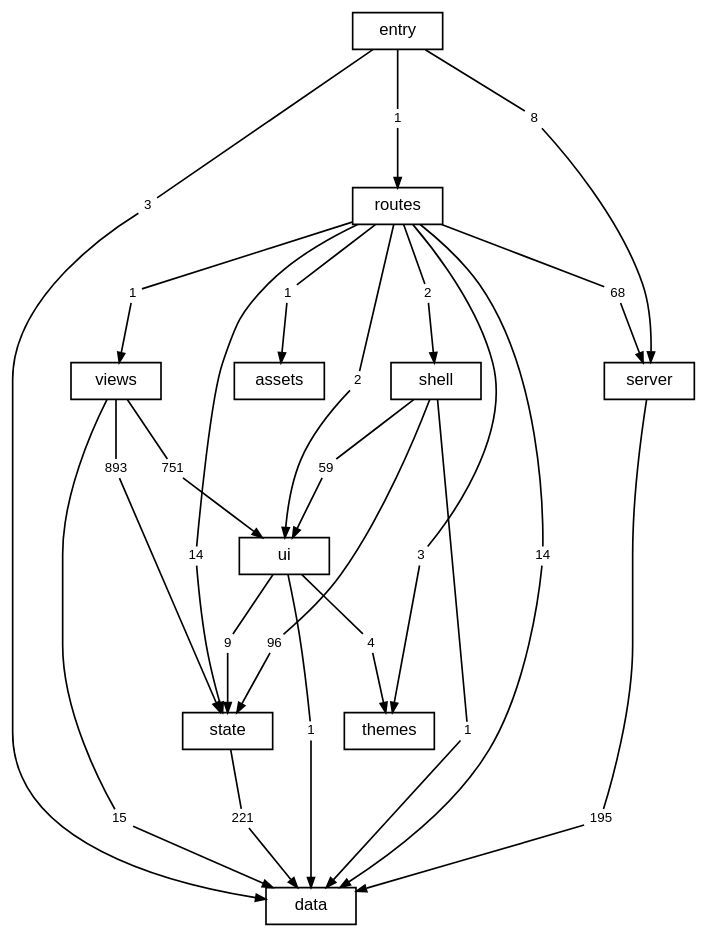
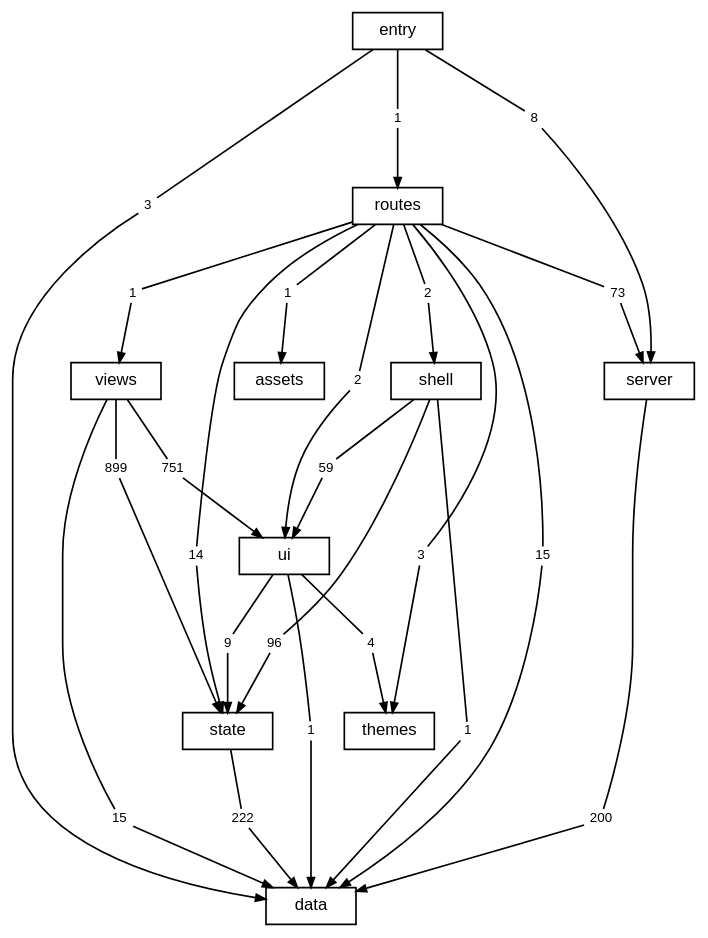
One commit to TheAxeC/oculus changed the diagram in docs/diagrams/layers.dot. Above: the diagram before and after it, drawn with Graphviz. The commit also changed 65 other files, not shown here.

```diff
--- a/docs/diagrams/layers.dot
+++ b/docs/diagrams/layers.dot
@@ -1,81 +1,81 @@
 digraph layers {
     graph [bgcolor="transparent", rankdir=TB, newrank=true, fontname="Helvetica,Arial,sans-serif", fontsize=12, nodesep=0.2, ranksep=0.5];
     node [shape=box, color="black", fontcolor="black", fontname="Helvetica,Arial,sans-serif", fontsize=10, height=0.3, margin="0.12,0.04"];
     edge [color="black", fontcolor="black", fontname="Helvetica,Arial,sans-serif", fontsize=8, arrowsize=0.6];
     "data";
     "server";
     "state";
     "ui";
     "shell";
     "views";
     "themes";
     "routes";
     "src" [label="entry"];
     "files: assets" [label="assets"];
-    "routes to data" [label="14", shape=box, color="transparent", fontsize=8, width=0, height=0, margin="0.04,0.02"];
+    "routes to data" [label="15", shape=box, color="transparent", fontsize=8, width=0, height=0, margin="0.04,0.02"];
     "routes" -> "routes to data" [arrowhead=none];
     "routes to data" -> "data" [];
     "routes to files: assets" [label="1", shape=box, color="transparent", fontsize=8, width=0, height=0, margin="0.04,0.02"];
     "routes" -> "routes to files: assets" [arrowhead=none];
     "routes to files: assets" -> "files: assets" [];
-    "routes to server" [label="68", shape=box, color="transparent", fontsize=8, width=0, height=0, margin="0.04,0.02"];
+    "routes to server" [label="73", shape=box, color="transparent", fontsize=8, width=0, height=0, margin="0.04,0.02"];
     "routes" -> "routes to server" [arrowhead=none];
     "routes to server" -> "server" [];
     "routes to shell" [label="2", shape=box, color="transparent", fontsize=8, width=0, height=0, margin="0.04,0.02"];
     "routes" -> "routes to shell" [arrowhead=none];
     "routes to shell" -> "shell" [];
     "routes to state" [label="14", shape=box, color="transparent", fontsize=8, width=0, height=0, margin="0.04,0.02"];
     "routes" -> "routes to state" [arrowhead=none];
     "routes to state" -> "state" [];
     "routes to themes" [label="3", shape=box, color="transparent", fontsize=8, width=0, height=0, margin="0.04,0.02"];
     "routes" -> "routes to themes" [arrowhead=none];
     "routes to themes" -> "themes" [];
     "routes to ui" [label="2", shape=box, color="transparent", fontsize=8, width=0, height=0, margin="0.04,0.02"];
     "routes" -> "routes to ui" [arrowhead=none];
     "routes to ui" -> "ui" [];
     "routes to views" [label="1", shape=box, color="transparent", fontsize=8, width=0, height=0, margin="0.04,0.02"];
     "routes" -> "routes to views" [arrowhead=none];
     "routes to views" -> "views" [];
-    "server to data" [label="195", shape=box, color="transparent", fontsize=8, width=0, height=0, margin="0.04,0.02"];
+    "server to data" [label="200", shape=box, color="transparent", fontsize=8, width=0, height=0, margin="0.04,0.02"];
     "server" -> "server to data" [arrowhead=none];
     "server to data" -> "data" [];
     "shell to data" [label="1", shape=box, color="transparent", fontsize=8, width=0, height=0, margin="0.04,0.02"];
     "shell" -> "shell to data" [arrowhead=none];
     "shell to data" -> "data" [];
     "shell to state" [label="96", shape=box, color="transparent", fontsize=8, width=0, height=0, margin="0.04,0.02"];
     "shell" -> "shell to state" [arrowhead=none];
     "shell to state" -> "state" [];
     "shell to ui" [label="59", shape=box, color="transparent", fontsize=8, width=0, height=0, margin="0.04,0.02"];
     "shell" -> "shell to ui" [arrowhead=none];
     "shell to ui" -> "ui" [];
     "src to data" [label="3", shape=box, color="transparent", fontsize=8, width=0, height=0, margin="0.04,0.02"];
     "src" -> "src to data" [arrowhead=none];
     "src to data" -> "data" [];
     "src to routes" [label="1", shape=box, color="transparent", fontsize=8, width=0, height=0, margin="0.04,0.02"];
     "src" -> "src to routes" [arrowhead=none];
     "src to routes" -> "routes" [];
     "src to server" [label="8", shape=box, color="transparent", fontsize=8, width=0, height=0, margin="0.04,0.02"];
     "src" -> "src to server" [arrowhead=none];
     "src to server" -> "server" [];
-    "state to data" [label="221", shape=box, color="transparent", fontsize=8, width=0, height=0, margin="0.04,0.02"];
+    "state to data" [label="222", shape=box, color="transparent", fontsize=8, width=0, height=0, margin="0.04,0.02"];
     "state" -> "state to data" [arrowhead=none];
     "state to data" -> "data" [];
     "ui to data" [label="1", shape=box, color="transparent", fontsize=8, width=0, height=0, margin="0.04,0.02"];
     "ui" -> "ui to data" [arrowhead=none];
     "ui to data" -> "data" [];
     "ui to state" [label="9", shape=box, color="transparent", fontsize=8, width=0, height=0, margin="0.04,0.02"];
     "ui" -> "ui to state" [arrowhead=none];
     "ui to state" -> "state" [];
     "ui to themes" [label="4", shape=box, color="transparent", fontsize=8, width=0, height=0, margin="0.04,0.02"];
     "ui" -> "ui to themes" [arrowhead=none];
     "ui to themes" -> "themes" [];
     "views to data" [label="15", shape=box, color="transparent", fontsize=8, width=0, height=0, margin="0.04,0.02"];
     "views" -> "views to data" [arrowhead=none];
     "views to data" -> "data" [];
-    "views to state" [label="893", shape=box, color="transparent", fontsize=8, width=0, height=0, margin="0.04,0.02"];
+    "views to state" [label="899", shape=box, color="transparent", fontsize=8, width=0, height=0, margin="0.04,0.02"];
     "views" -> "views to state" [arrowhead=none];
     "views to state" -> "state" [];
     "views to ui" [label="751", shape=box, color="transparent", fontsize=8, width=0, height=0, margin="0.04,0.02"];
     "views" -> "views to ui" [arrowhead=none];
     "views to ui" -> "ui" [];
 }
```
